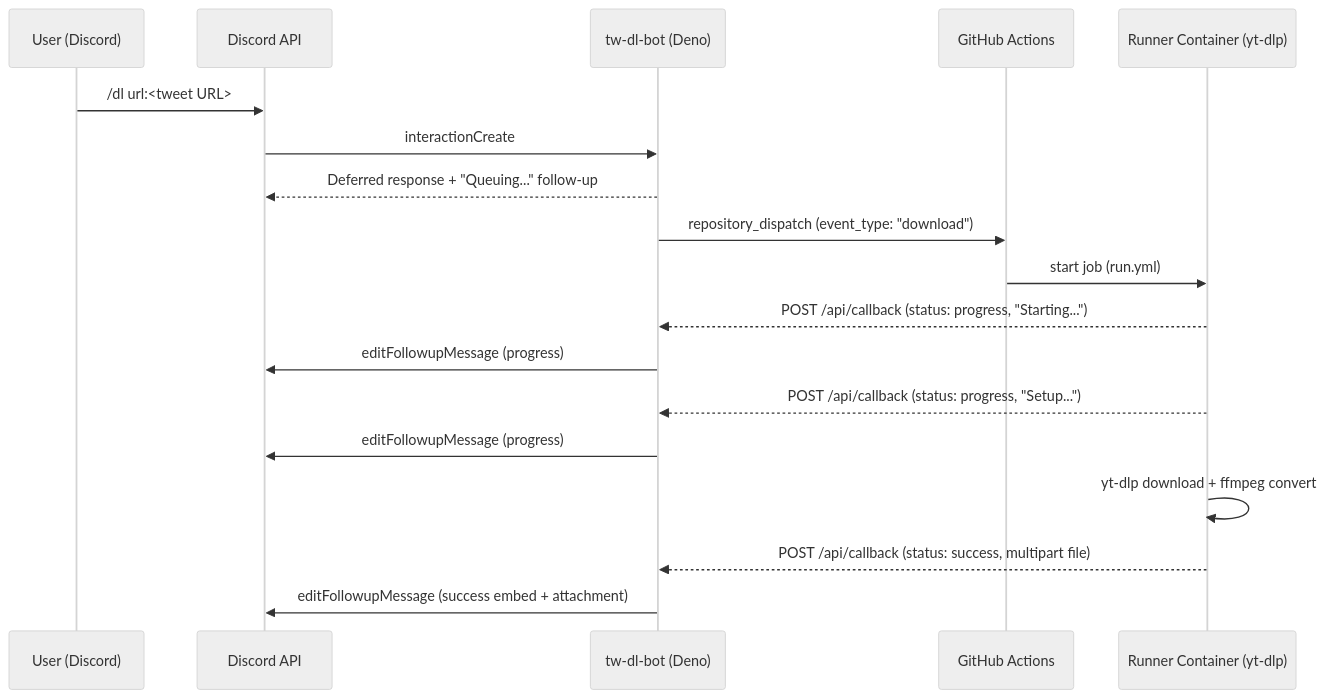
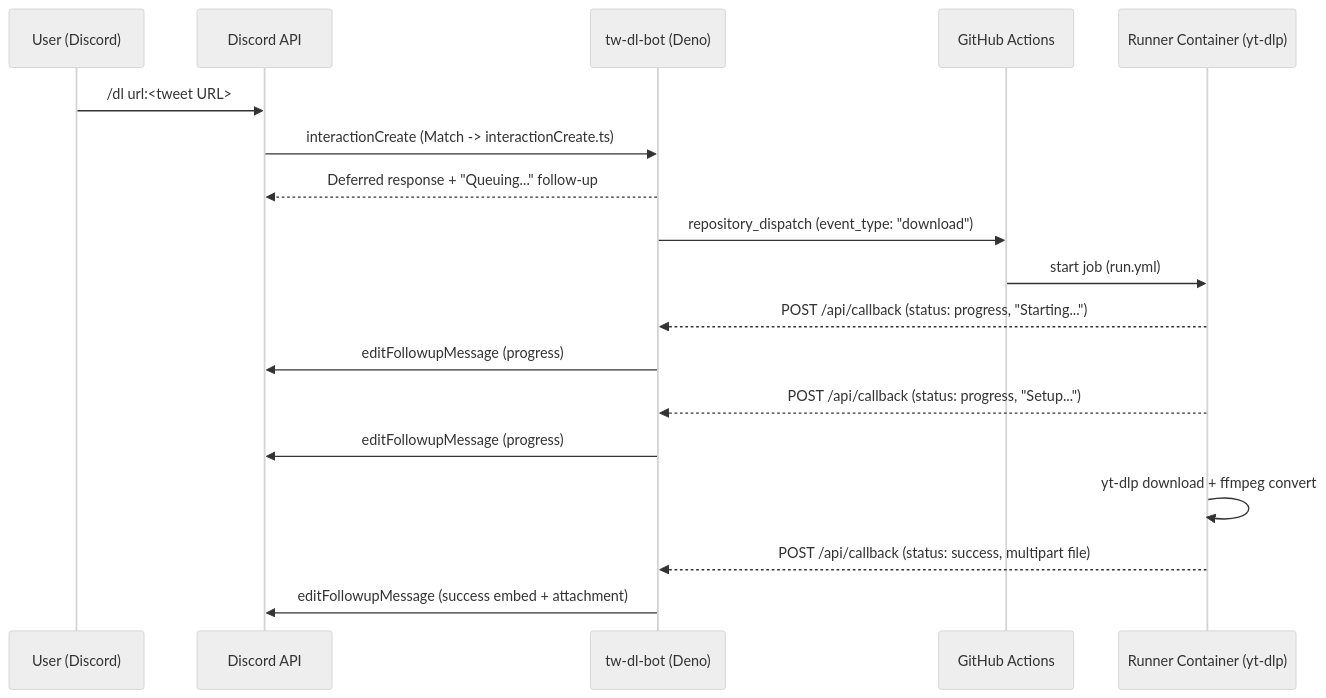
The first of 3 diagrams in docs/architecture.md (redpeacock78/tw-dl-bot), drawn with Mermaid (neutral theme) before and after one commit. The commit also changed other lines of this file and 6 other files, not shown here.

````diff
--- a/docs/architecture.md
+++ b/docs/architecture.md
@@ -15,21 +17,21 @@
 ```mermaid
 sequenceDiagram
     participant U as User (Discord)
     participant D as Discord API
     participant B as tw-dl-bot (Deno)
     participant GH as GitHub Actions
     participant R as Runner Container (yt-dlp)
 
     U->>D: /dl url:<tweet URL>
-    D->>B: interactionCreate
+    D->>B: interactionCreate (Match -> interactionCreate.ts)
     B-->>D: Deferred response + "Queuing..." follow-up
     B->>GH: repository_dispatch (event_type: "download")
     GH->>R: start job (run.yml)
     R-->>B: POST /api/callback (status: progress, "Starting...")
     B->>D: editFollowupMessage (progress)
     R-->>B: POST /api/callback (status: progress, "Setup...")
     B->>D: editFollowupMessage (progress)
     R->>R: yt-dlp download + ffmpeg convert
     R-->>B: POST /api/callback (status: success, multipart file)
     B->>D: editFollowupMessage (success embed + attachment)
 ```
````
